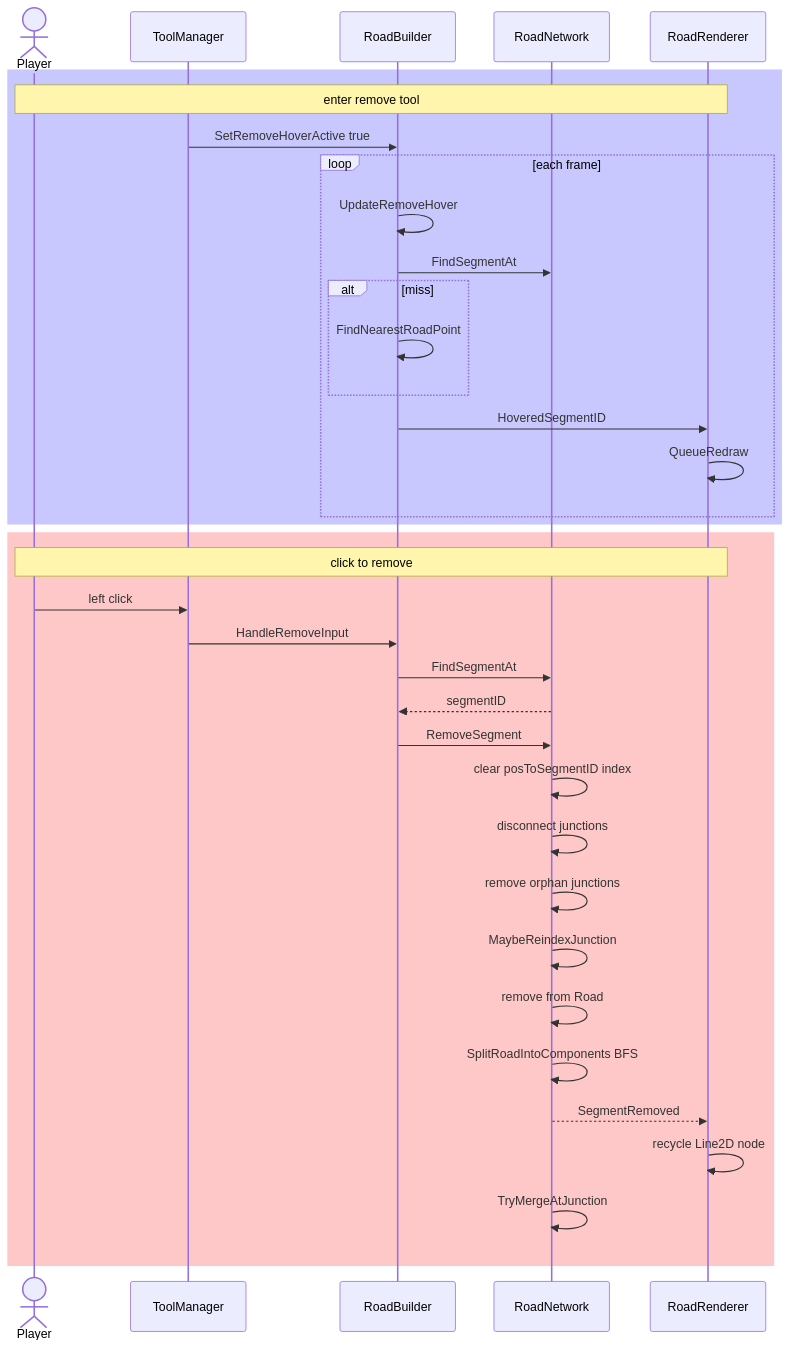
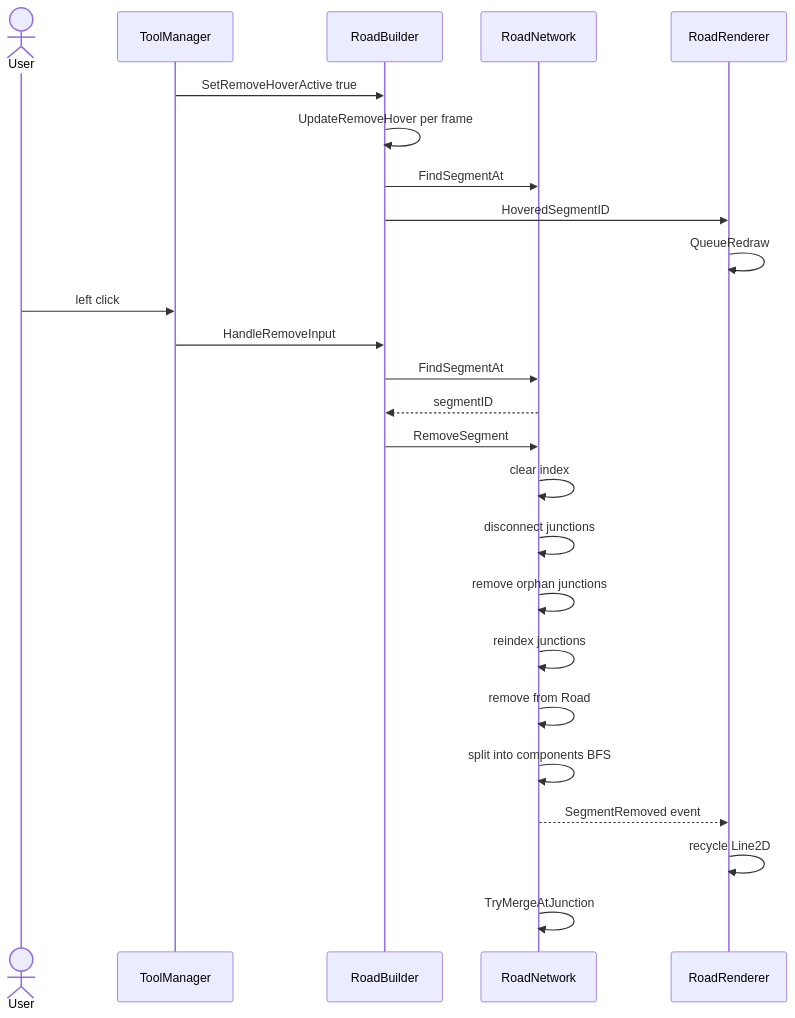
One commit to xianfishyu/SimpleCities changed the third of 9 diagrams in docs/game-logic.md. Above: the diagram before and after it, drawn with Mermaid. The commit also changed other lines of this file, not shown here.

First line of the commit message:
#重写：game-logic.md Mermaid图表全面简化

````diff
--- a/docs/game-logic.md
+++ b/docs/game-logic.md
@@ -155,40 +105,29 @@
 ```mermaid
 sequenceDiagram
-    actor User as Player
+    actor User
     participant TM as ToolManager
     participant RB as RoadBuilder
     participant RN as RoadNetwork
     participant RR as RoadRenderer
 
-    rect rgb(200, 200, 255)
-        Note over User,RR: enter remove tool
-        TM->>RB: SetRemoveHoverActive true
-        loop each frame
-            RB->>RB: UpdateRemoveHover
-            RB->>RN: FindSegmentAt
-            alt miss
-                RB->>RB: FindNearestRoadPoint
-            end
-            RB->>RR: HoveredSegmentID
-            RR->>RR: QueueRedraw
-        end
-    end
+    TM->>RB: SetRemoveHoverActive true
+    RB->>RB: UpdateRemoveHover per frame
+    RB->>RN: FindSegmentAt
+    RB->>RR: HoveredSegmentID
+    RR->>RR: QueueRedraw
 
-    rect rgb(255, 200, 200)
-        Note over User,RR: click to remove
-        User->>TM: left click
-        TM->>RB: HandleRemoveInput
-        RB->>RN: FindSegmentAt
-        RN-->>RB: segmentID
-        RB->>RN: RemoveSegment
-        RN->>RN: clear posToSegmentID index
-        RN->>RN: disconnect junctions
-        RN->>RN: remove orphan junctions
-        RN->>RN: MaybeReindexJunction
-        RN->>RN: remove from Road
-        RN->>RN: SplitRoadIntoComponents BFS
-        RN-->>RR: SegmentRemoved
-        RR->>RR: recycle Line2D node
-        RN->>RN: TryMergeAtJunction
-    end
+    User->>TM: left click
+    TM->>RB: HandleRemoveInput
+    RB->>RN: FindSegmentAt
+    RN-->>RB: segmentID
+    RB->>RN: RemoveSegment
+    RN->>RN: clear index
+    RN->>RN: disconnect junctions
+    RN->>RN: remove orphan junctions
+    RN->>RN: reindex junctions
+    RN->>RN: remove from Road
+    RN->>RN: split into components BFS
+    RN-->>RR: SegmentRemoved event
+    RR->>RR: recycle Line2D
+    RN->>RN: TryMergeAtJunction
 ```
````
